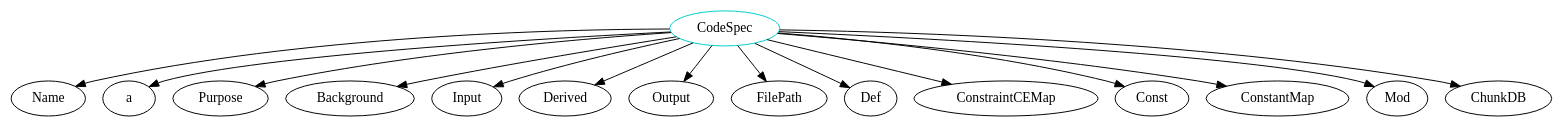
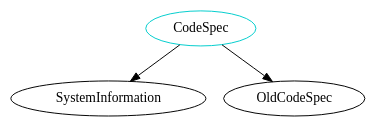
Before and after one commit to JacquesCarette/Drasil: the diagram in analysis/TypeDependencyGraphs/code/CodeSpec.dot, drawn with Graphviz. The commit also changed 698 other files, not shown here.

```diff
--- a/analysis/TypeDependencyGraphs/code/CodeSpec.dot
+++ b/analysis/TypeDependencyGraphs/code/CodeSpec.dot
@@ -1,17 +1,5 @@
 digraph codespec{
 CodeSpec	[shape=oval, color=cyan3, label="CodeSpec"];
-CodeSpec -> Name;
-CodeSpec -> a;
-CodeSpec -> Purpose;
-CodeSpec -> Background;
-CodeSpec -> Input;
-CodeSpec -> Derived;
-CodeSpec -> Output;
-CodeSpec -> FilePath;
-CodeSpec -> Def;
-CodeSpec -> ConstraintCEMap;
-CodeSpec -> Const;
-CodeSpec -> ConstantMap;
-CodeSpec -> Mod;
-CodeSpec -> ChunkDB;
+CodeSpec -> SystemInformation;
+CodeSpec -> OldCodeSpec;
 }
```
